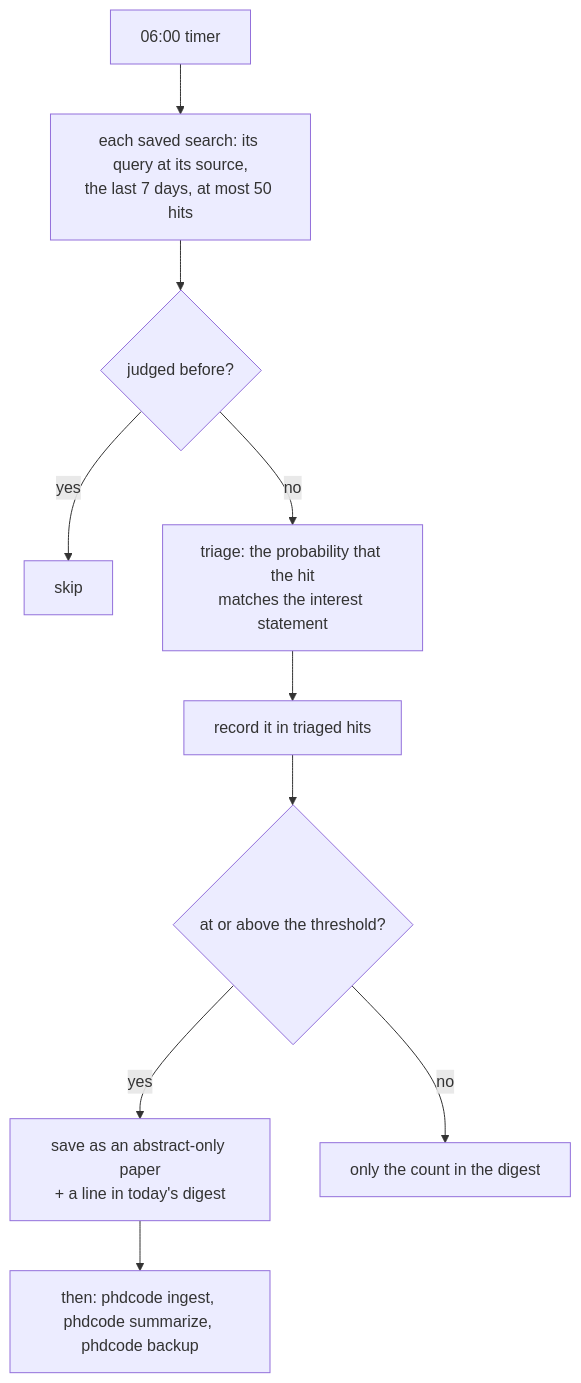
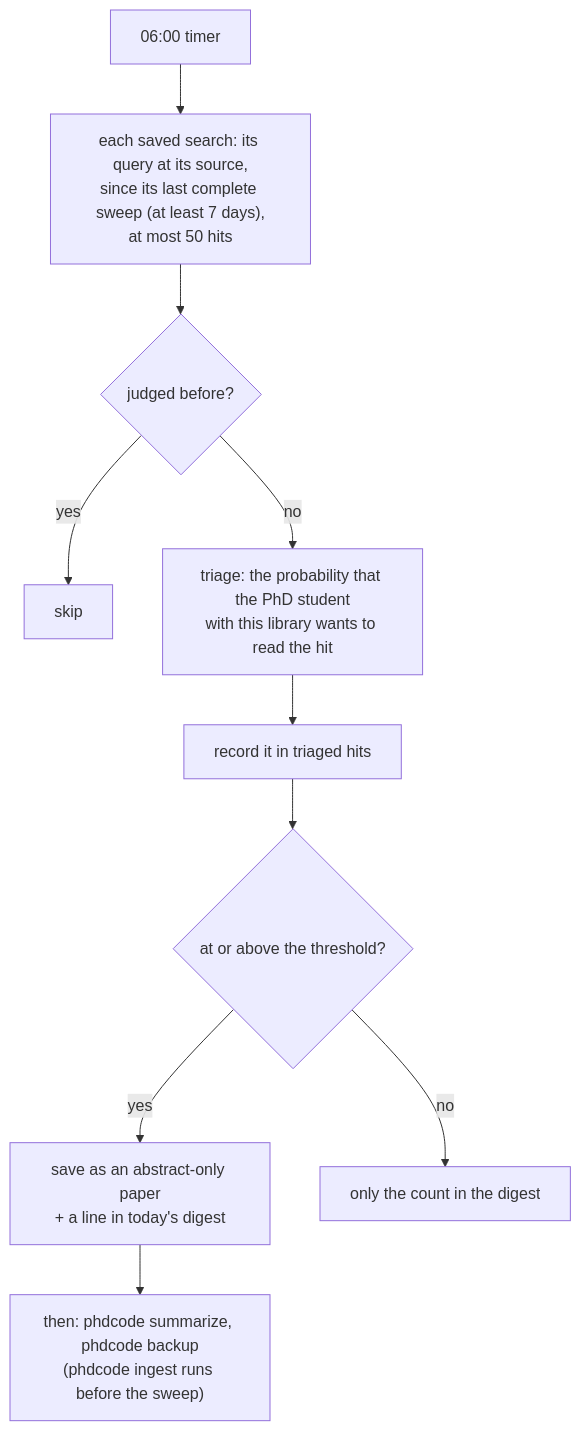
The fifth of 6 diagrams in docs/how-it-works.md (fuminaba/phdcode), drawn with Mermaid before and after one commit. The commit also changed other lines of this file and 21 other files, not shown here.

````diff
--- a/docs/how-it-works.md
+++ b/docs/how-it-works.md
@@ -140,12 +141,12 @@
 ```mermaid
 flowchart TD
-  T["06:00 timer"] --> Q["each saved search: its query at its source,<br/>the last 7 days, at most 50 hits"]
+  T["06:00 timer"] --> Q["each saved search: its query at its source,<br/>since its last complete sweep (at least 7 days),<br/>at most 50 hits"]
   Q --> N{"judged before?"}
   N -- "yes" --> X["skip"]
-  N -- "no" --> R["triage: the probability that the hit<br/>matches the interest statement"]
+  N -- "no" --> R["triage: the probability that the PhD student<br/>with this library wants to read the hit"]
   R --> H["record it in triaged hits"]
   H --> TH{"at or above the threshold?"}
   TH -- "yes" --> SV["save as an abstract-only paper<br/>+ a line in today's digest"]
   TH -- "no" --> NO["only the count in the digest"]
-  SV --> SM["then: phdcode ingest, phdcode summarize, phdcode backup"]
+  SV --> SM["then: phdcode summarize, phdcode backup<br/>(phdcode ingest runs before the sweep)"]
 ```
````
